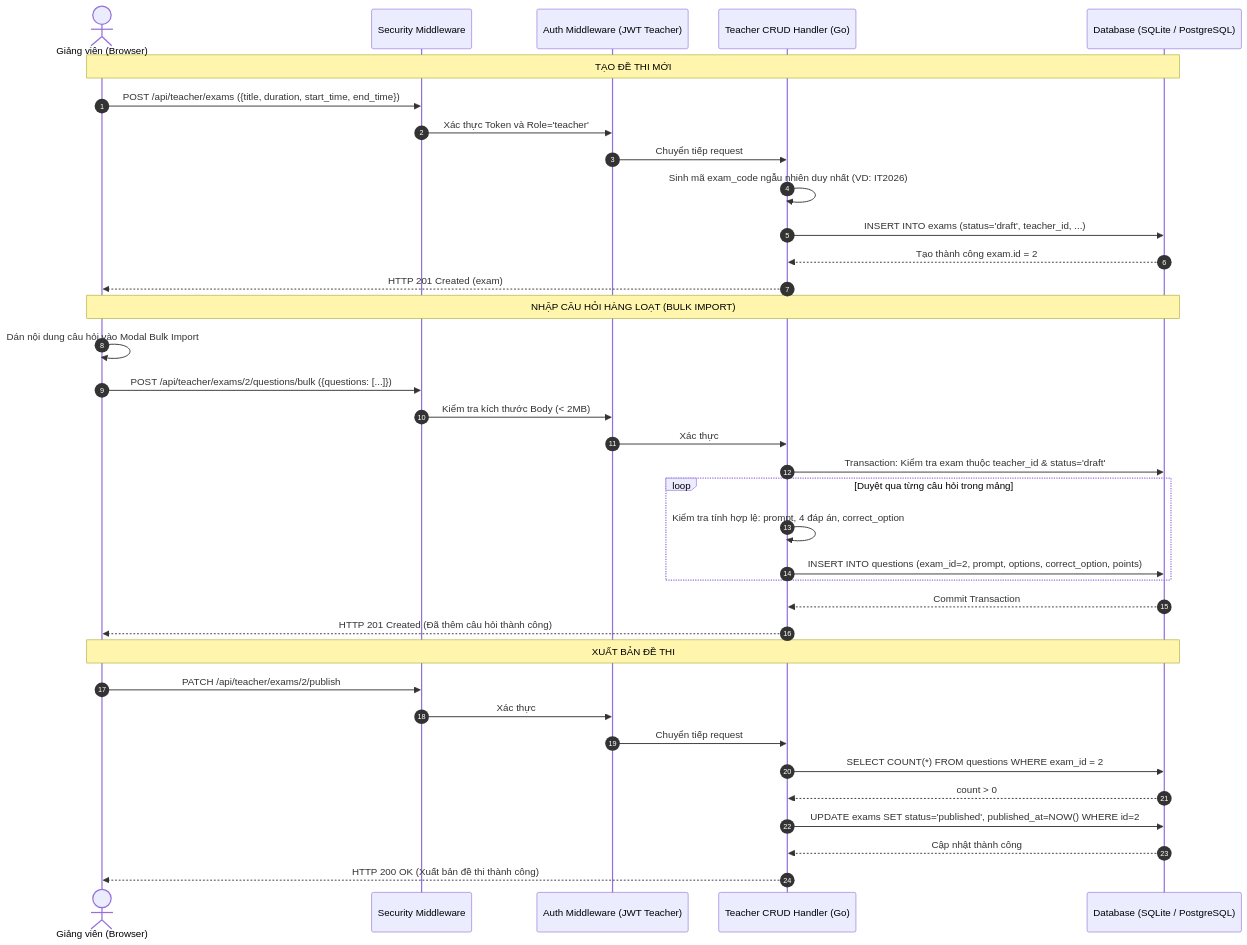
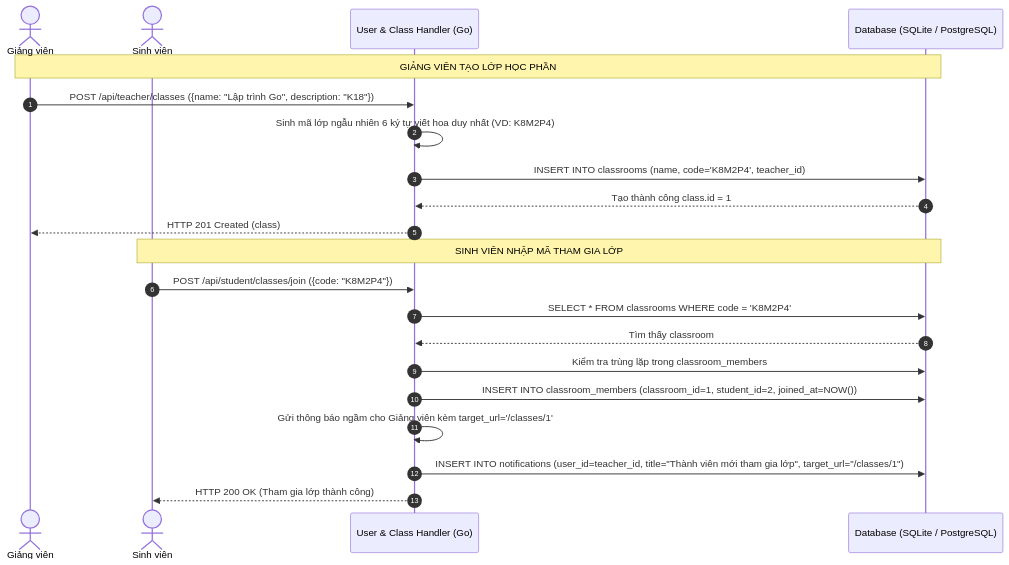
One commit to NguenDung/exam-system-mvp changed the sixth of 8 diagrams in ARCHITECTURE_AND_REPORT.md. Above: the diagram before and after it, drawn with Mermaid. The commit also changed other lines of this file and 23 other files, not shown here.

Commit message:
feat: add user profiles, classrooms, directory, actionable notifications and refine docs

````diff
--- a/ARCHITECTURE_AND_REPORT.md
+++ b/ARCHITECTURE_AND_REPORT.md
@@ -575,41 +654,25 @@
 ```mermaid
 sequenceDiagram
     autonumber
-    actor Teacher as Giảng viên (Browser)
-    participant Sec as Security Middleware
-    participant Auth as Auth Middleware (JWT Teacher)
-    participant Handler as Teacher CRUD Handler (Go)
+    actor Teacher as Giảng viên
+    actor Student as Sinh viên
+    participant Handler as User & Class Handler (Go)
     participant DB as Database (SQLite / PostgreSQL)
 
-    Note over Teacher, DB: TẠO ĐỀ THI MỚI
-    Teacher->>Sec: POST /api/teacher/exams ({title, duration, start_time, end_time})
-    Sec->>Auth: Xác thực Token và Role='teacher'
-    Auth->>Handler: Chuyển tiếp request
-    Handler->>Handler: Sinh mã exam_code ngẫu nhiên duy nhất (VD: IT2026)
-    Handler->>DB: INSERT INTO exams (status='draft', teacher_id, ...)
-    DB-->>Handler: Tạo thành công exam.id = 2
-    Handler-->>Teacher: HTTP 201 Created (exam)
+    Note over Teacher, DB: GIẢNG VIÊN TẠO LỚP HỌC PHẦN
+    Teacher->>Handler: POST /api/teacher/classes ({name: "Lập trình Go", description: "K18"})
+    Handler->>Handler: Sinh mã lớp ngẫu nhiên 6 ký tự viết hoa duy nhất (VD: K8M2P4)
+    Handler->>DB: INSERT INTO classrooms (name, code='K8M2P4', teacher_id)
+    DB-->>Handler: Tạo thành công class.id = 1
+    Handler-->>Teacher: HTTP 201 Created (class)
 
-    Note over Teacher, DB: NHẬP CÂU HỎI HÀNG LOẠT (BULK IMPORT)
-    Teacher->>Teacher: Dán nội dung câu hỏi vào Modal Bulk Import
-    Teacher->>Sec: POST /api/teacher/exams/2/questions/bulk ({questions: [...]})
-    Sec->>Auth: Kiểm tra kích thước Body (< 2MB)
-    Auth->>Handler: Xác thực
-    Handler->>DB: Transaction: Kiểm tra exam thuộc teacher_id & status='draft'
-    loop Duyệt qua từng câu hỏi trong mảng
-        Handler->>Handler: Kiểm tra tính hợp lệ: prompt, 4 đáp án, correct_option
-        Handler->>DB: INSERT INTO questions (exam_id=2, prompt, options, correct_option, points)
-    end
-    DB-->>Handler: Commit Transaction
-    Handler-->>Teacher: HTTP 201 Created (Đã thêm câu hỏi thành công)
-
-    Note over Teacher, DB: XUẤT BẢN ĐỀ THI
-    Teacher->>Sec: PATCH /api/teacher/exams/2/publish
-    Sec->>Auth: Xác thực
-    Auth->>Handler: Chuyển tiếp request
-    Handler->>DB: SELECT COUNT(*) FROM questions WHERE exam_id = 2
-    DB-->>Handler: count > 0
-    Handler->>DB: UPDATE exams SET status='published', published_at=NOW() WHERE id=2
-    DB-->>Handler: Cập nhật thành công
-    Handler-->>Teacher: HTTP 200 OK (Xuất bản đề thi thành công)
+    Note over Student, DB: SINH VIÊN NHẬP MÃ THAM GIA LỚP
+    Student->>Handler: POST /api/student/classes/join ({code: "K8M2P4"})
+    Handler->>DB: SELECT * FROM classrooms WHERE code = 'K8M2P4'
+    DB-->>Handler: Tìm thấy classroom
+    Handler->>DB: Kiểm tra trùng lặp trong classroom_members
+    Handler->>DB: INSERT INTO classroom_members (classroom_id=1, student_id=2, joined_at=NOW())
+    Handler->>Handler: Gửi thông báo ngầm cho Giảng viên kèm target_url='/classes/1'
+    Handler->>DB: INSERT INTO notifications (user_id=teacher_id, title="Thành viên mới tham gia lớp", target_url="/classes/1")
+    Handler-->>Student: HTTP 200 OK (Tham gia lớp thành công)
 ```
````
